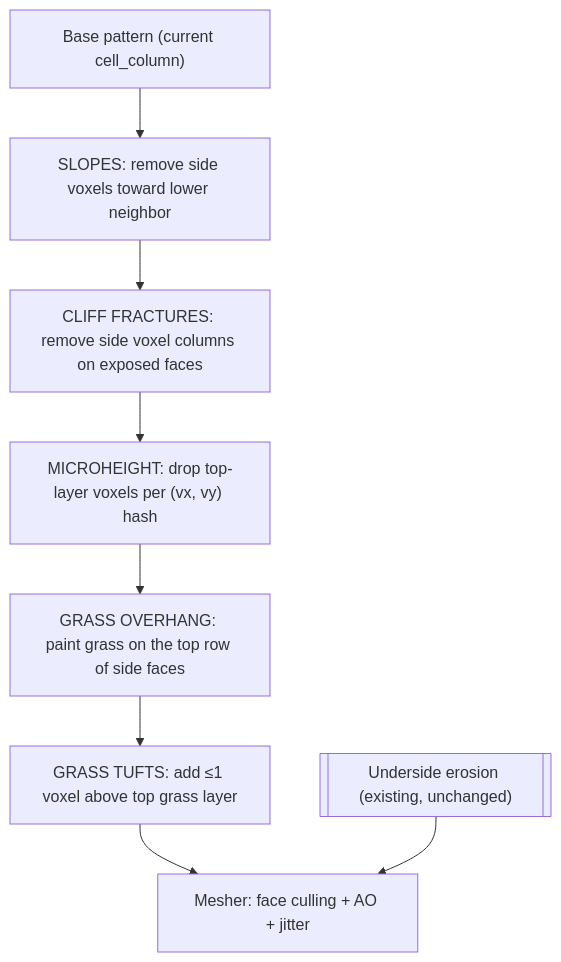
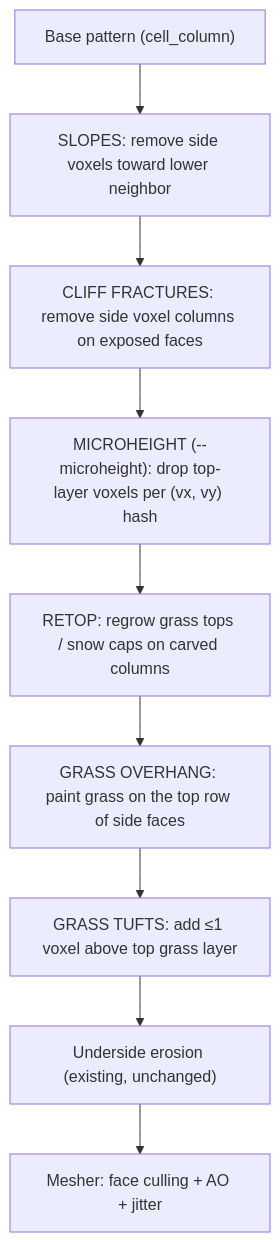
One commit to rimvydasb/mlo-demo changed the diagram in docs/rendering.md. Above: the diagram before and after it, drawn with Mermaid. The commit also changed other lines of this file and 17 other files, not shown here.

````diff
--- a/docs/rendering.md
+++ b/docs/rendering.md
@@ -224,10 +229,11 @@
 ```mermaid
 flowchart TD
-    Base["Base pattern (current cell_column)"] --> Slope["SLOPES: remove side voxels toward lower neighbor"]
+    Base["Base pattern (cell_column)"] --> Slope["SLOPES: remove side voxels toward lower neighbor"]
     Slope --> Cliff["CLIFF FRACTURES: remove side voxel columns on exposed faces"]
-    Cliff --> Micro["MICROHEIGHT: drop top-layer voxels per (vx, vy) hash"]
-    Micro --> Overhang["GRASS OVERHANG: paint grass on the top row of side faces"]
+    Cliff --> Micro["MICROHEIGHT (--microheight): drop top-layer voxels per (vx, vy) hash"]
+    Micro --> Retop["RETOP: regrow grass tops / snow caps on carved columns"]
+    Retop --> Overhang["GRASS OVERHANG: paint grass on the top row of side faces"]
     Overhang --> Tufts["GRASS TUFTS: add ≤1 voxel above top grass layer"]
-    Tufts --> Mesher["Mesher: face culling + AO + jitter"]
-    Erode[["Underside erosion (existing, unchanged)"]] --> Mesher
+    Tufts --> Erode["Underside erosion (existing, unchanged)"]
+    Erode --> Mesher["Mesher: face culling + AO + jitter"]
 ```
````
